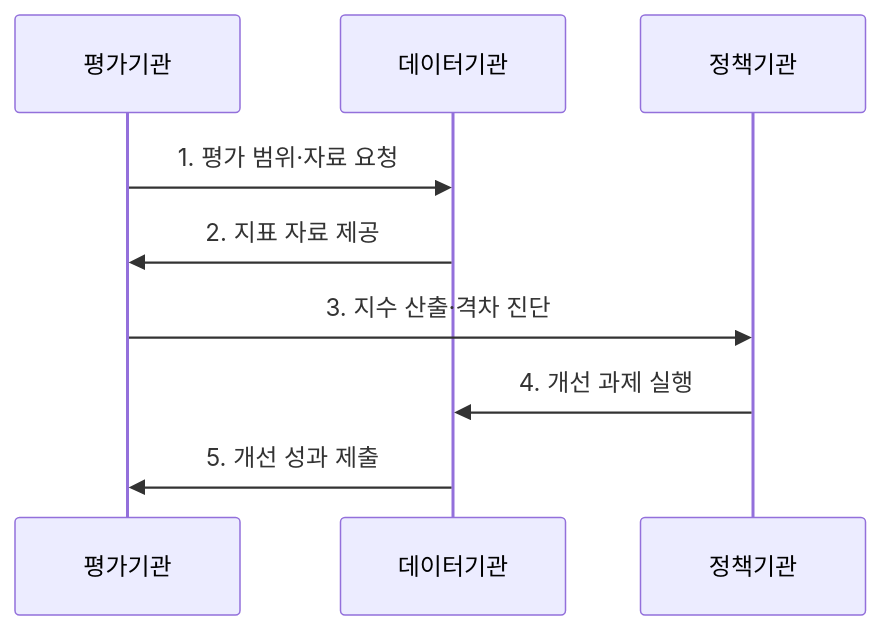
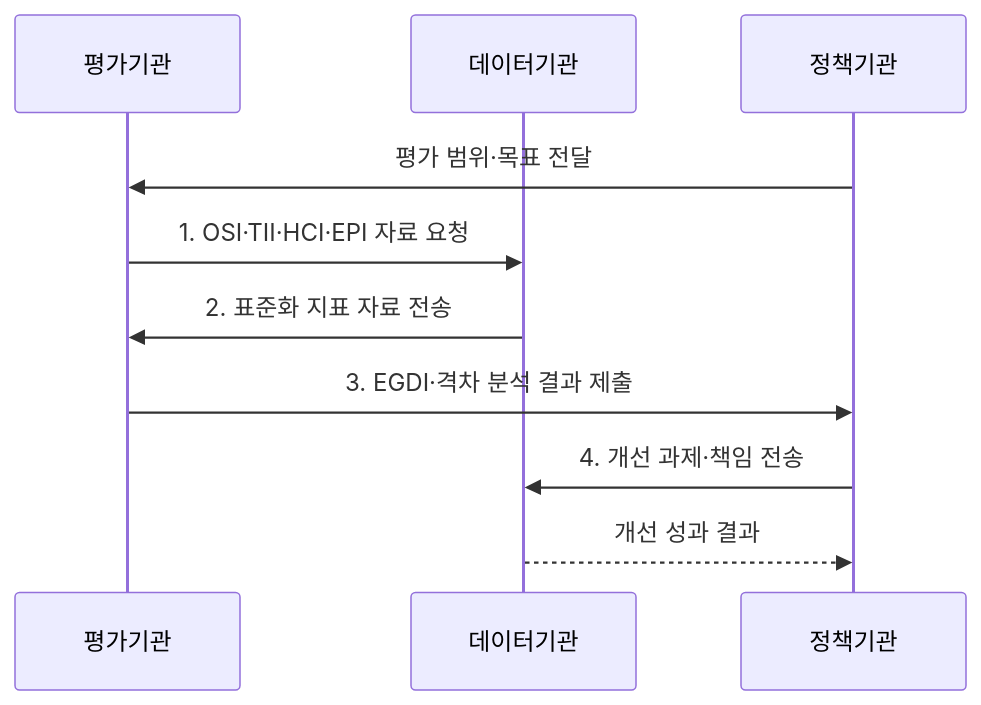
The second of 2 diagrams in src/content/docs/notes/07-law-policy/010_e_government_maturity.md (agnusdei1207/knowledge-base), drawn with Mermaid before and after one commit. The commit also changed other lines of this file and 20 other files, not shown here.

````diff
--- a/src/content/docs/notes/07-law-policy/010_e_government_maturity.md
+++ b/src/content/docs/notes/07-law-policy/010_e_government_maturity.md
@@ -79,11 +78,12 @@
 ```mermaid
 sequenceDiagram
     participant G as 평가기관
     participant D as 데이터기관
     participant P as 정책기관
-    G->>D: 1. 평가 범위·자료 요청
-    D->>G: 2. 지표 자료 제공
-    G->>P: 3. 지수 산출·격차 진단
-    P->>D: 4. 개선 과제 실행
-    D->>G: 5. 개선 성과 제출
+    P->>G: 평가 범위·목표 전달
+    G->>D: 1. OSI·TII·HCI·EPI 자료 요청
+    D->>G: 2. 표준화 지표 자료 전송
+    G->>P: 3. EGDI·격차 분석 결과 제출
+    P->>D: 4. 개선 과제·책임 전송
+    D-->>P: 개선 성과 결과
 ```
````
